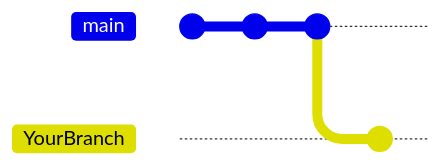
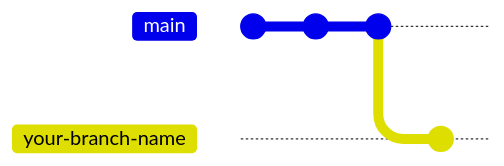
Before and after one commit to jusugac1/workshop-robust-hyperparam-tuning: the first of 2 diagrams in README.md, drawn with Mermaid. The commit also changed other lines of this file, not shown here. Commit ids are hidden.

````diff
--- a/README.md
+++ b/README.md
@@ -36,8 +36,8 @@
 ```mermaid
 gitGraph
     commit
     commit
     commit
-    branch YourBranch
-    commit id: "Your first commit"
+    branch your-branch-name
+    commit id: "your first commit"
 ```
````
